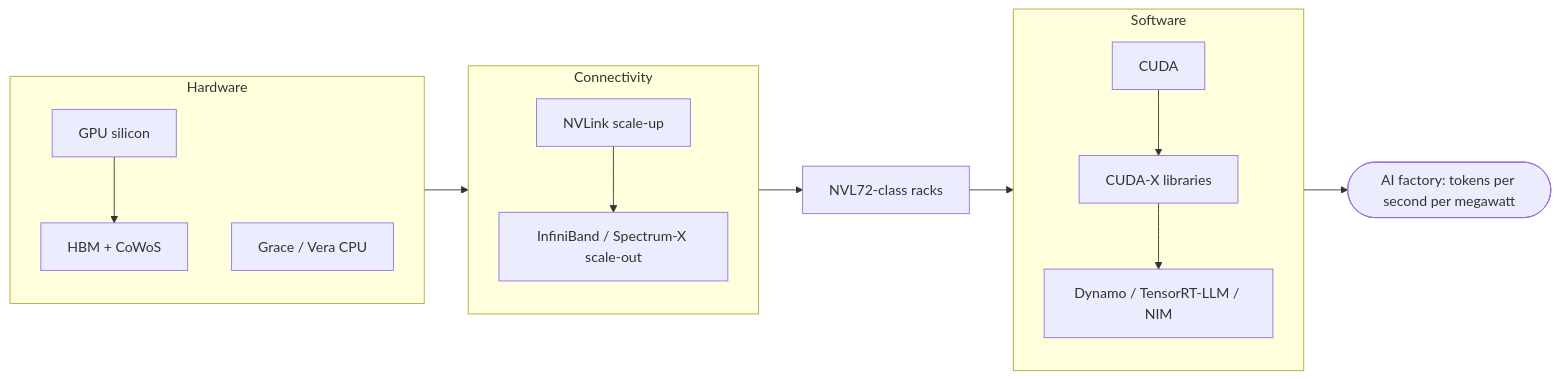
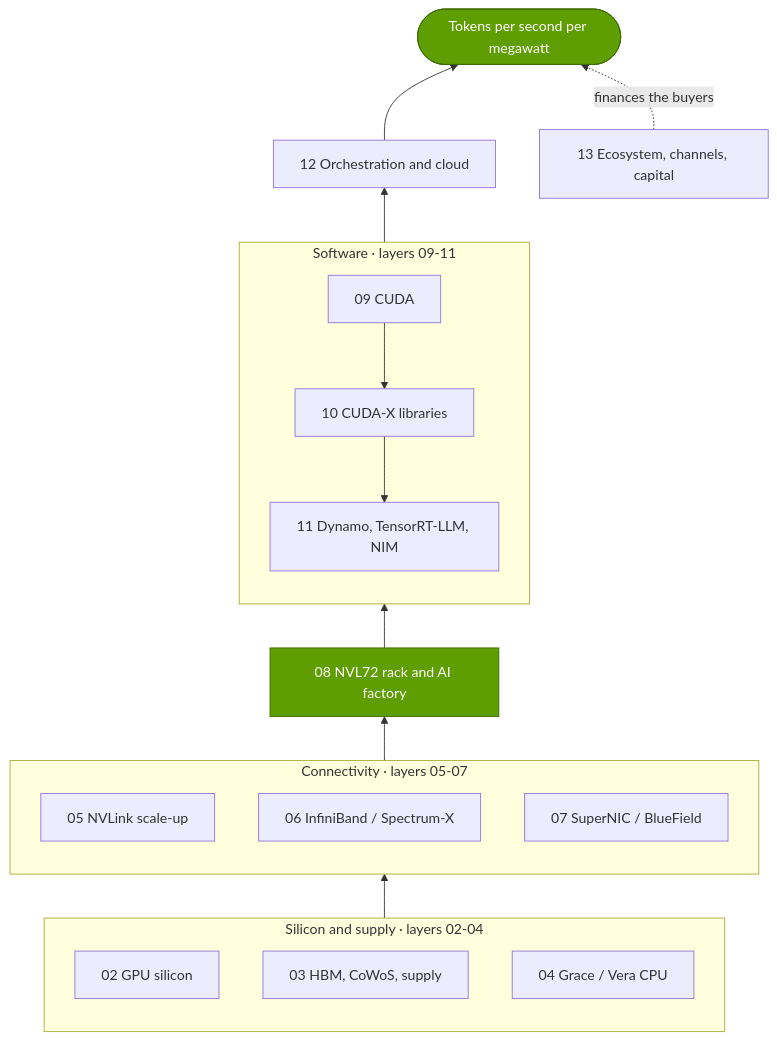
One commit to FrankHuang94/nvidia_deep_dive_claude changed the first of 2 diagrams in README.md. Above: the diagram before and after it, drawn with Mermaid. The commit also changed other lines of this file and 23 other files, not shown here.

````diff
--- a/README.md
+++ b/README.md
@@ -22,15 +38,22 @@
 ```mermaid
-flowchart LR
-    subgraph HW["Hardware"]
-        G["GPU silicon"] --> M["HBM + CoWoS"]
-        C["Grace / Vera CPU"]
+flowchart BT
+    subgraph SIL["Silicon and supply · layers 02-04"]
+        L02["02 GPU silicon"]
+        L03["03 HBM, CoWoS, supply"]
+        L04["04 Grace / Vera CPU"]
     end
-    subgraph NET["Connectivity"]
-        N["NVLink scale-up"] --> X["InfiniBand / Spectrum-X scale-out"]
+    subgraph CON["Connectivity · layers 05-07"]
+        L05["05 NVLink scale-up"]
+        L06["06 InfiniBand / Spectrum-X"]
+        L07["07 SuperNIC / BlueField"]
     end
-    subgraph SW["Software"]
-        CU["CUDA"] --> L["CUDA-X libraries"] --> I["Dynamo / TensorRT-LLM / NIM"]
+    L08["08 NVL72 rack and AI factory"]:::nvidia
+    subgraph SW["Software · layers 09-11"]
+        L09["09 CUDA"] --> L10["10 CUDA-X libraries"] --> L11["11 Dynamo, TensorRT-LLM, NIM"]
     end
-    HW --> NET --> SYS["NVL72-class racks"] --> SW
-    SW --> F(["AI factory: tokens per second per megawatt"])
+    L12["12 Orchestration and cloud"]
+    L13["13 Ecosystem, channels, capital"]
+    SIL --> CON --> L08 --> SW --> L12 --> OUT(["Tokens per second per megawatt"]):::nvidia
+    L13 -. "finances the buyers" .-> OUT
+    classDef nvidia fill:#5F9E00,color:#ffffff,stroke:#3F6B00
 ```
````
